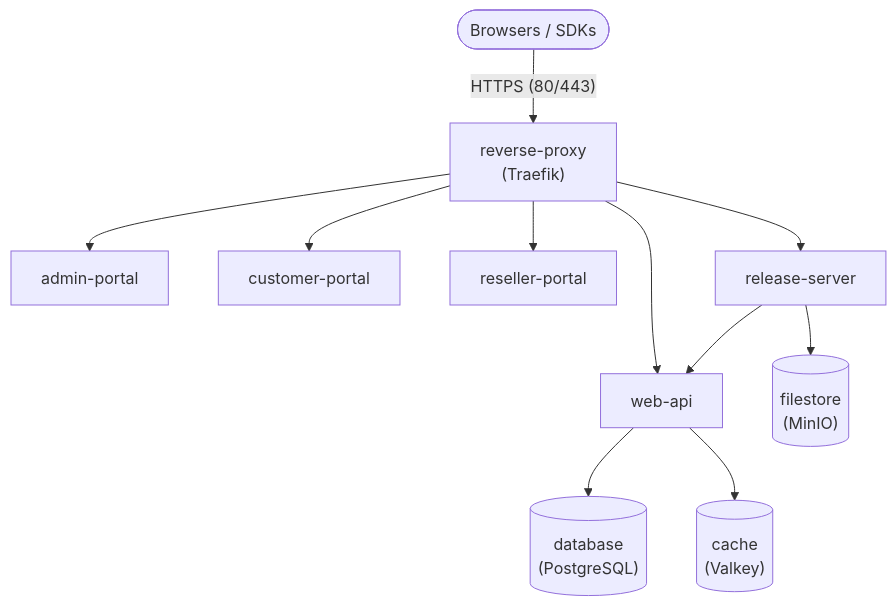
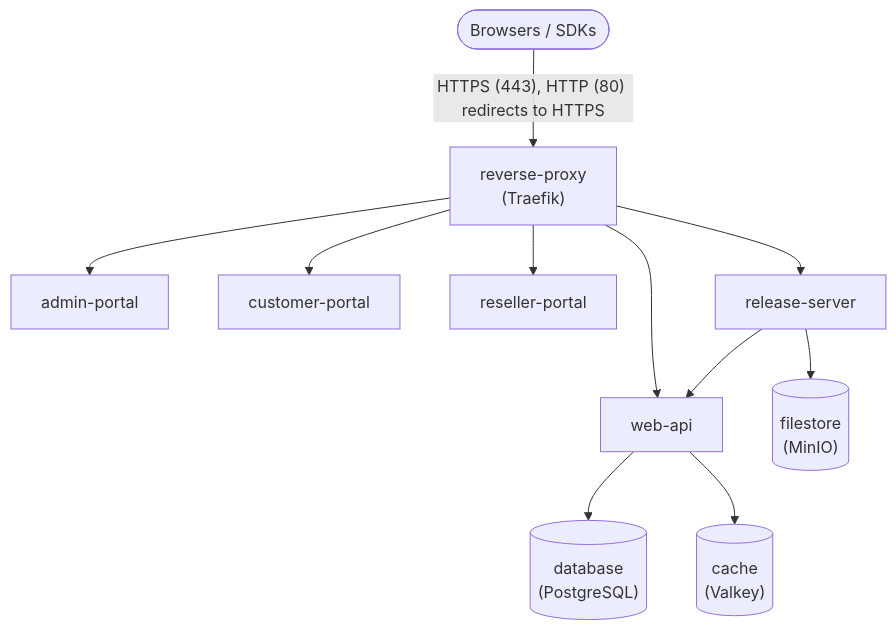
Before and after one commit to cryptlex/cryptlex-on-premise: the diagram in README.md, drawn with Mermaid. The commit also changed other lines of this file and 1 other file, not shown here.

Commit message:
docs: drop windows support, fix diagram port label, clarify new relic var

````diff
--- a/README.md
+++ b/README.md
@@ -9,15 +9,15 @@
 ```mermaid
 flowchart TB
-    clients([Browsers / SDKs]) -- "HTTPS (80/443)" --> proxy["reverse-proxy<br>(Traefik)"]
+    clients([Browsers / SDKs]) -- "HTTPS (443), HTTP (80) redirects to HTTPS" --> proxy["reverse-proxy<br>(Traefik)"]
 
     proxy --> api[web-api]
     proxy --> admin[admin-portal]
     proxy --> customer[customer-portal]
     proxy --> reseller[reseller-portal]
     proxy --> release[release-server]
 
     api --> db[("database<br>(PostgreSQL)")]
     api --> cache[("cache<br>(Valkey)")]
     release --> api
     release --> store[("filestore<br>(MinIO)")]
 ```
````
